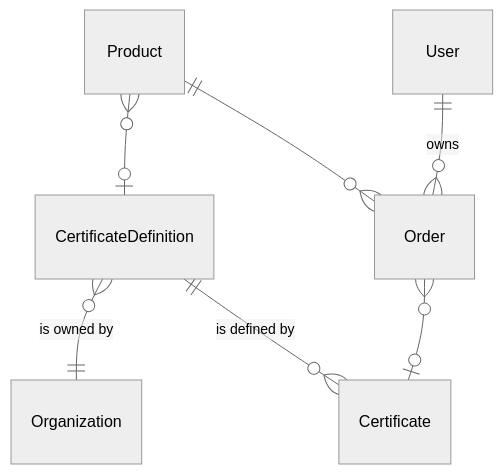
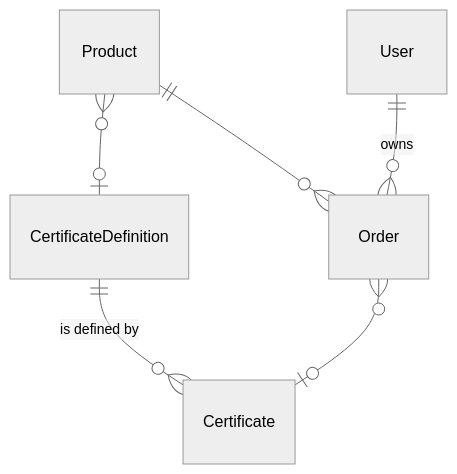
Before and after one commit to openfun/joanie: the third of 3 diagrams in docs/reference/models.md, drawn with Mermaid (neutral theme). The commit also changed 11 other files, not shown here.

First line of the commit message:
🗃️(certificate) add certificate_definition field

````diff
--- a/docs/reference/models.md
+++ b/docs/reference/models.md
@@ -160,19 +160,17 @@
 ```mermaid
 erDiagram
     %% Models
     Product
     CertificateDefinition
-    Organization
     User
     Order
     Certificate
     
     %% Relations
     Product }o--o| CertificateDefinition : ""
     Product || -- o{ Order : ""
-    CertificateDefinition }o--|| Organization : "is owned by"
     CertificateDefinition ||--o{ Certificate : "is defined by"
     
     User ||--o{ Order : "owns"
     Order }o--o| Certificate : ""
 ```
````
